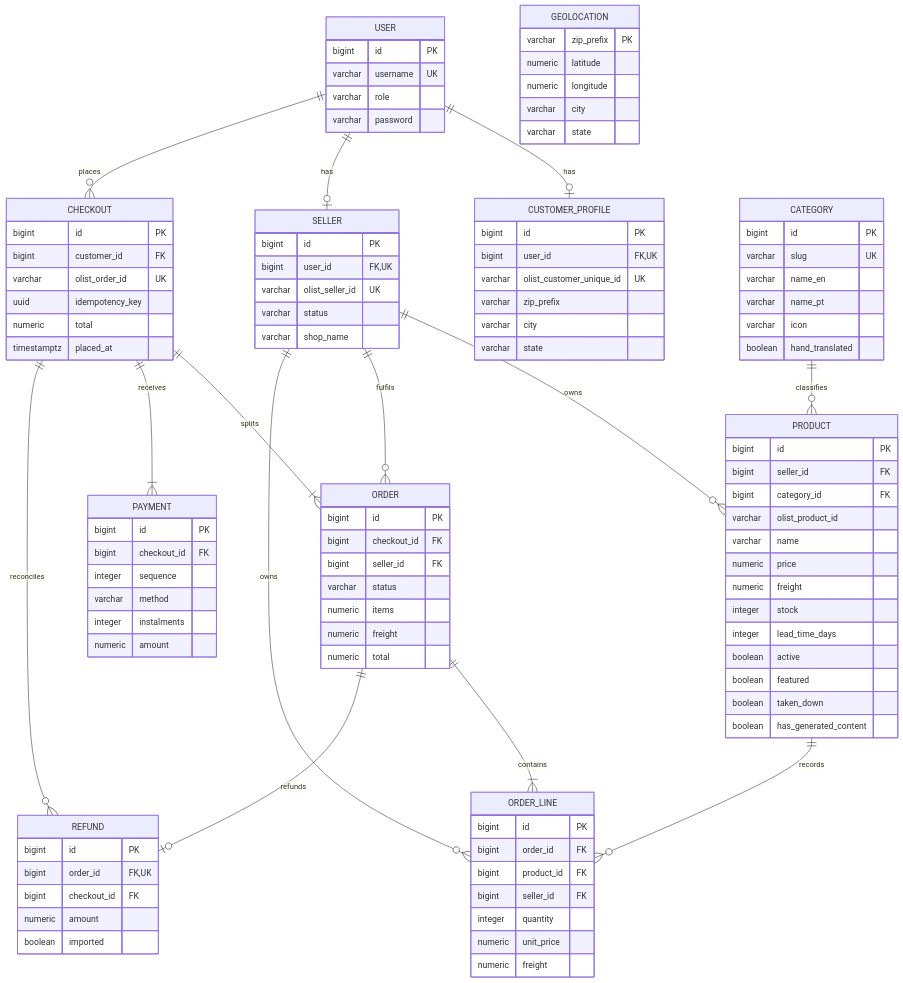
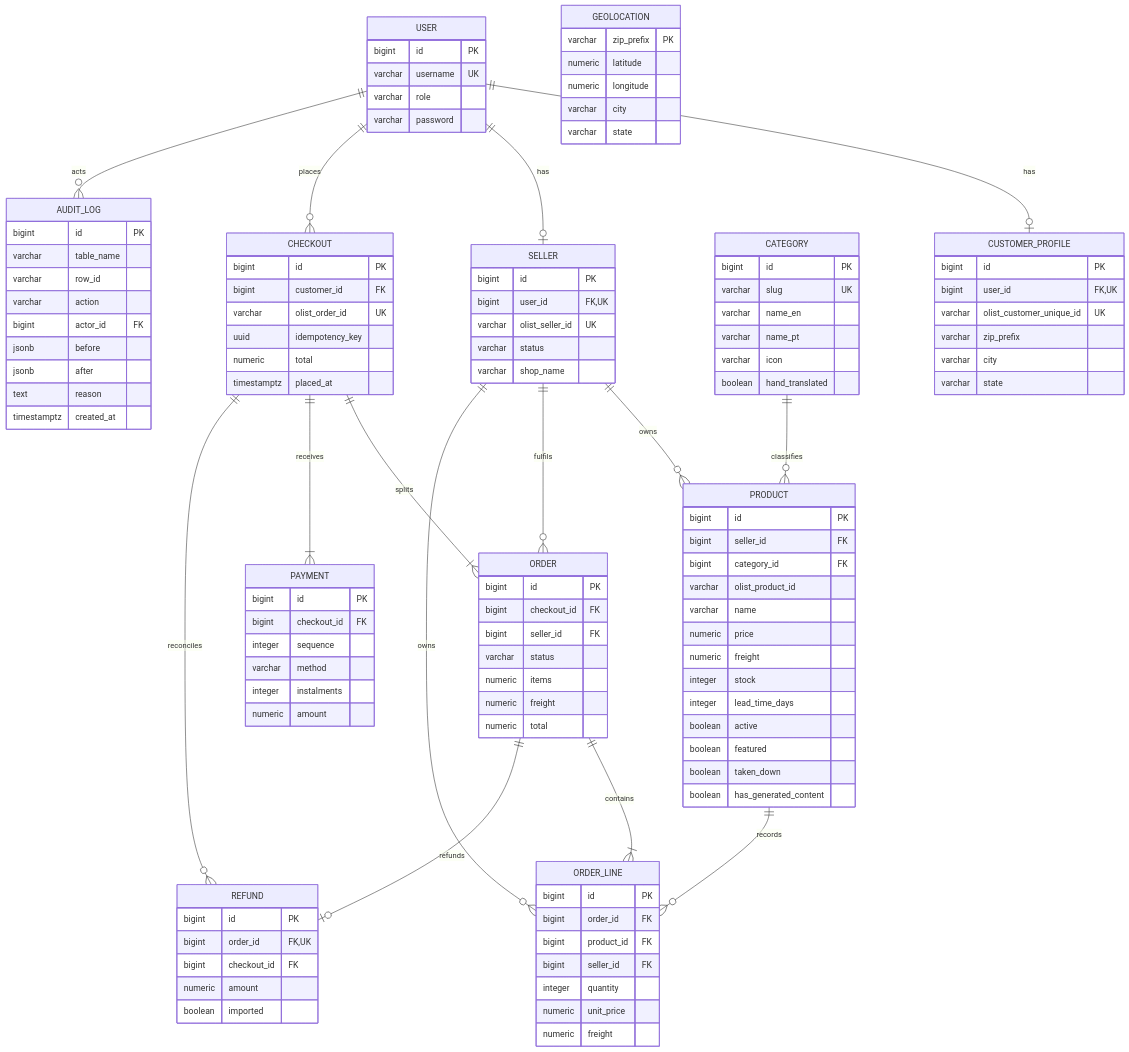
Before and after one commit to ZadeNova/INF2003_Database_Project: the diagram in docs/DATA_MODEL.md, drawn with Mermaid. The commit also changed other lines of this file and 39 other files, not shown here.

First line of the commit message:
feat: add roles, seller approval and trigger-written audit log

```diff
--- a/docs/DATA_MODEL.md
+++ b/docs/DATA_MODEL.md
@@ -28,6 +28,7 @@
     CHECKOUT ||--|{ PAYMENT : receives
     ORDER ||--o| REFUND : refunds
     CHECKOUT ||--o{ REFUND : reconciles
+    USER ||--o{ AUDIT_LOG : acts
     USER {
         bigint id PK
         varchar username UK
@@ -113,6 +114,17 @@
         numeric amount
         boolean imported
     }
+    AUDIT_LOG {
+        bigint id PK
+        varchar table_name
+        varchar row_id
+        varchar action
+        bigint actor_id FK
+        jsonb before
+        jsonb after
+        text reason
+        timestamptz created_at
+    }
     GEOLOCATION {
         varchar zip_prefix PK
         numeric latitude
```
